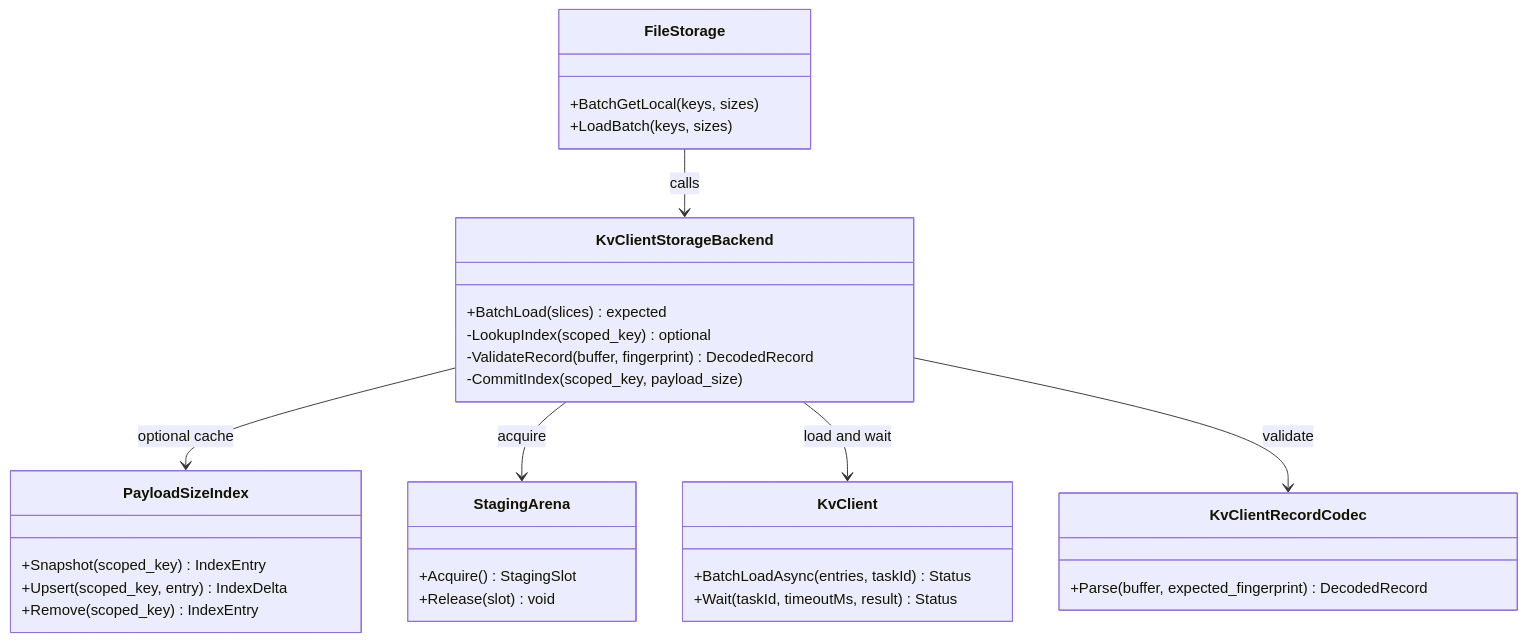
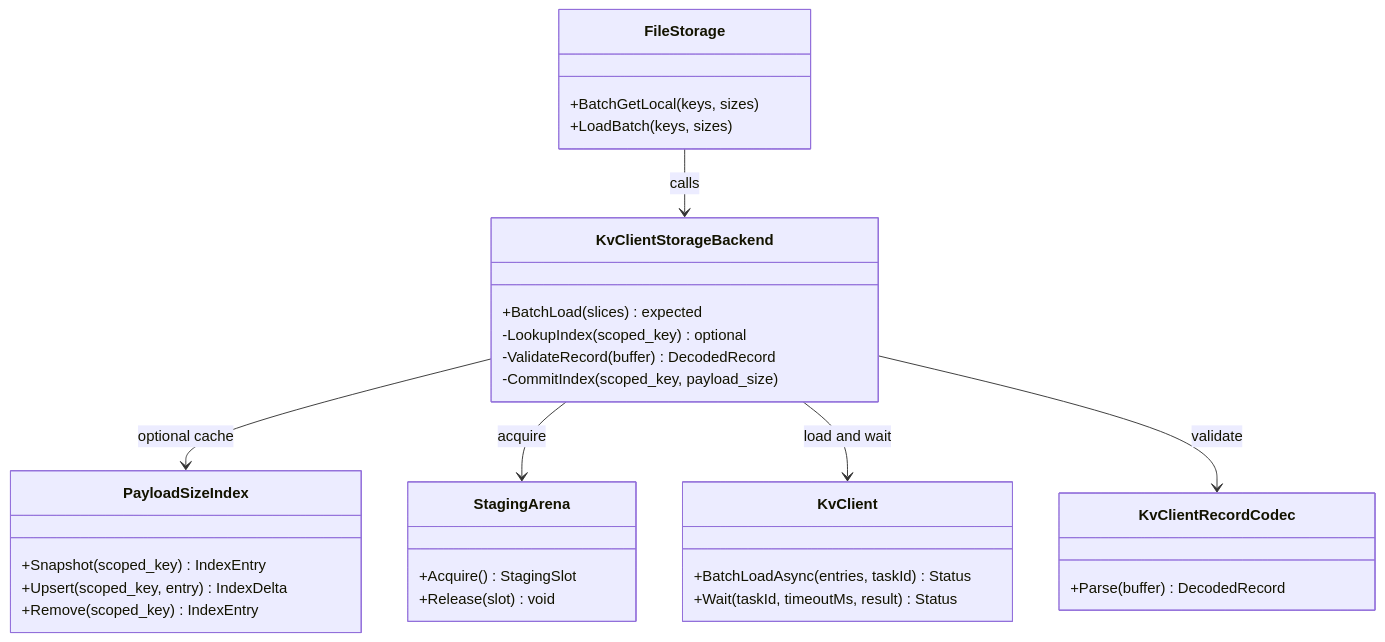
Before and after one commit to zwj20000328-dotcom/Mooncake-documents: the eighth of 14 diagrams in kv-client-storage-backend.md, drawn with Mermaid. The commit also changed other lines of this file and 1 other file, not shown here.

````diff
--- a/kv-client-storage-backend.md
+++ b/kv-client-storage-backend.md
@@ -1009,34 +1099,34 @@
 ```mermaid
 classDiagram
     class FileStorage {
         +BatchGetLocal(keys, sizes)
         +LoadBatch(keys, sizes)
     }
     class KvClientStorageBackend {
         +BatchLoad(slices) expected
         -LookupIndex(scoped_key) optional
-        -ValidateRecord(buffer, fingerprint) DecodedRecord
+        -ValidateRecord(buffer) DecodedRecord
         -CommitIndex(scoped_key, payload_size)
     }
     class PayloadSizeIndex {
         +Snapshot(scoped_key) IndexEntry
         +Upsert(scoped_key, entry) IndexDelta
         +Remove(scoped_key) IndexEntry
     }
     class StagingArena {
         +Acquire() StagingSlot
         +Release(slot) void
     }
     class KvClient {
         +BatchLoadAsync(entries, taskId) Status
         +Wait(taskId, timeoutMs, result) Status
     }
     class KvClientRecordCodec {
-        +Parse(buffer, expected_fingerprint) DecodedRecord
+        +Parse(buffer) DecodedRecord
     }
     FileStorage --> KvClientStorageBackend : calls
     KvClientStorageBackend --> PayloadSizeIndex : optional cache
     KvClientStorageBackend --> StagingArena : acquire
     KvClientStorageBackend --> KvClient : load and wait
     KvClientStorageBackend --> KvClientRecordCodec : validate
 ```
````
